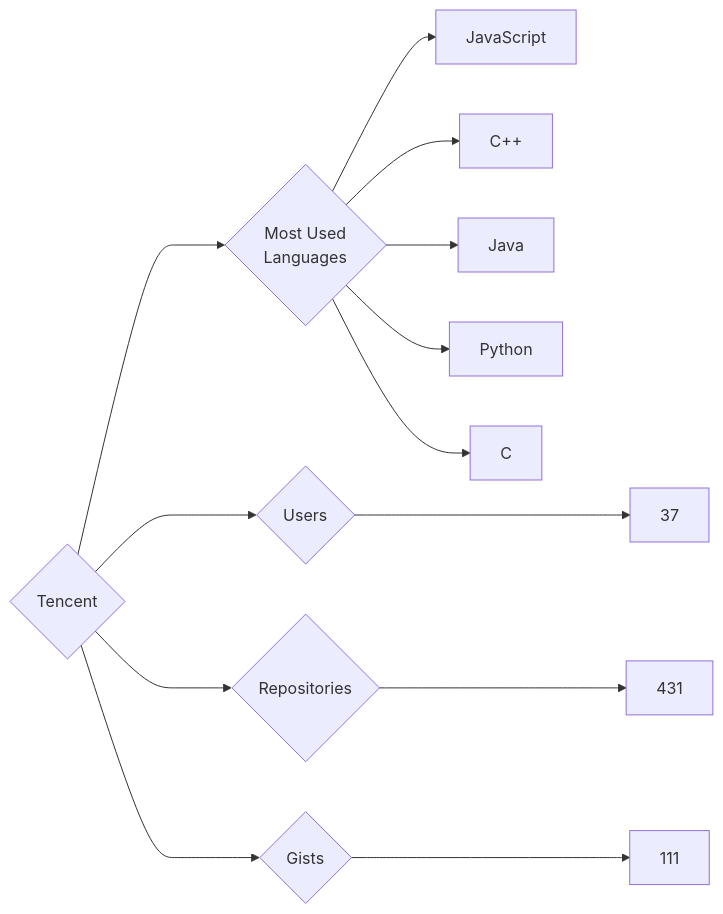
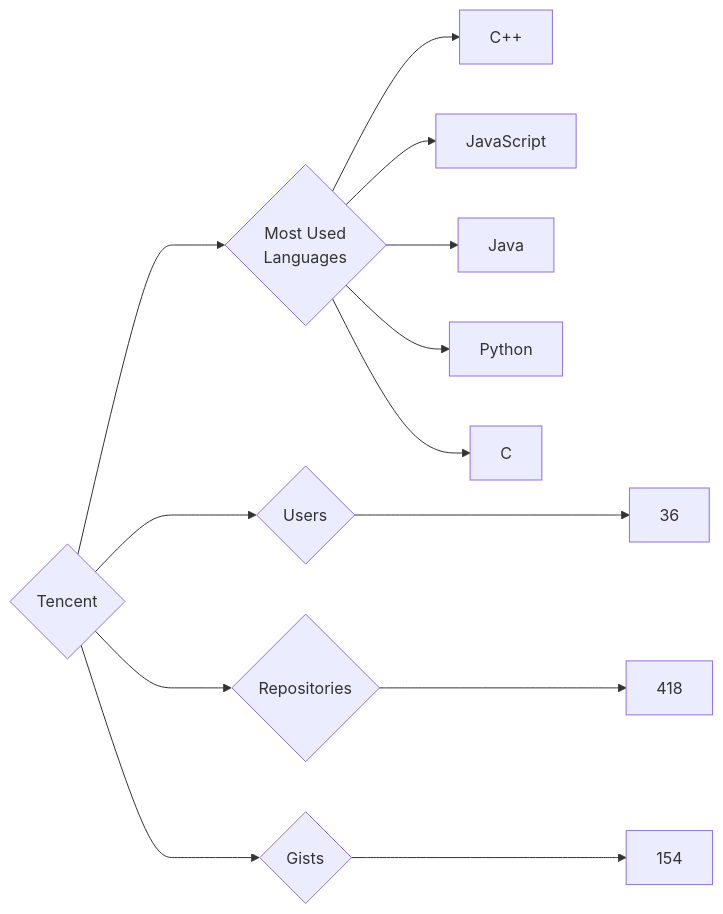
The diagram in targets/Tencent/README.md (trickest/insiders), drawn with Mermaid before and after one commit. The commit also changed 814 other files, not shown here.

````diff
--- a/targets/Tencent/README.md
+++ b/targets/Tencent/README.md
@@ -3,13 +3,13 @@
 ```mermaid
 graph LR
 COMPANY_NAME{Tencent}
-COMPANY_NAME ---> U{Users} ---> UN[37]
-COMPANY_NAME ---> R{Repositories} ---> RN[431]
-COMPANY_NAME ---> G{Gists} ---> GN[111]
+COMPANY_NAME ---> U{Users} ---> UN[36]
+COMPANY_NAME ---> R{Repositories} ---> RN[418]
+COMPANY_NAME ---> G{Gists} ---> GN[154]
 COMPANY_NAME ---> ML{Most Used<br>Languages}
+ML --> C++[C++]
 ML --> JavaScript[JavaScript]
-ML --> C++[C++]
 ML --> Java[Java]
 ML --> Python[Python]
 ML --> C[C]
 ```
````
